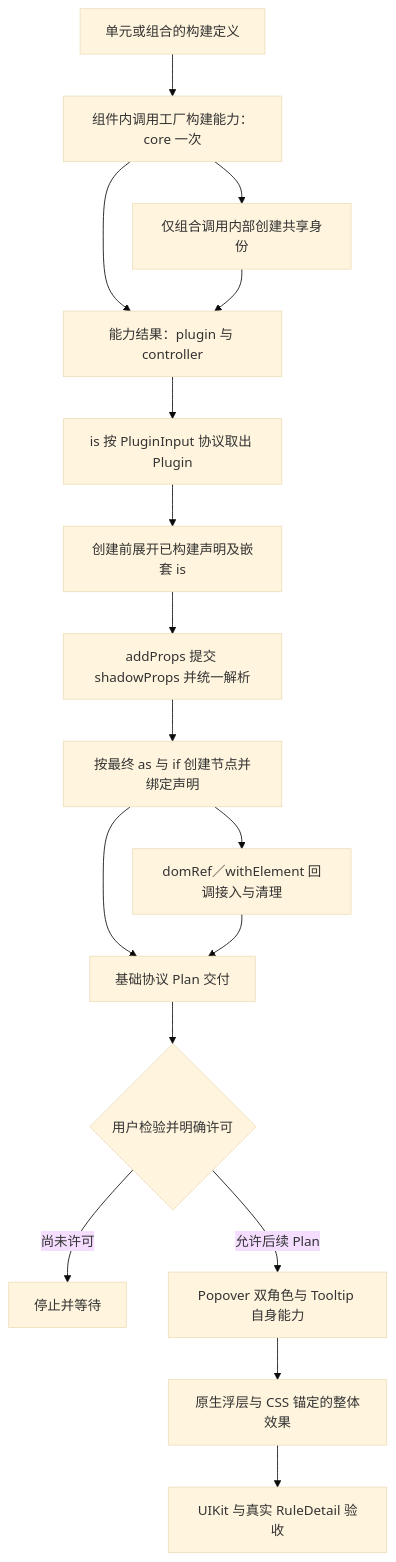
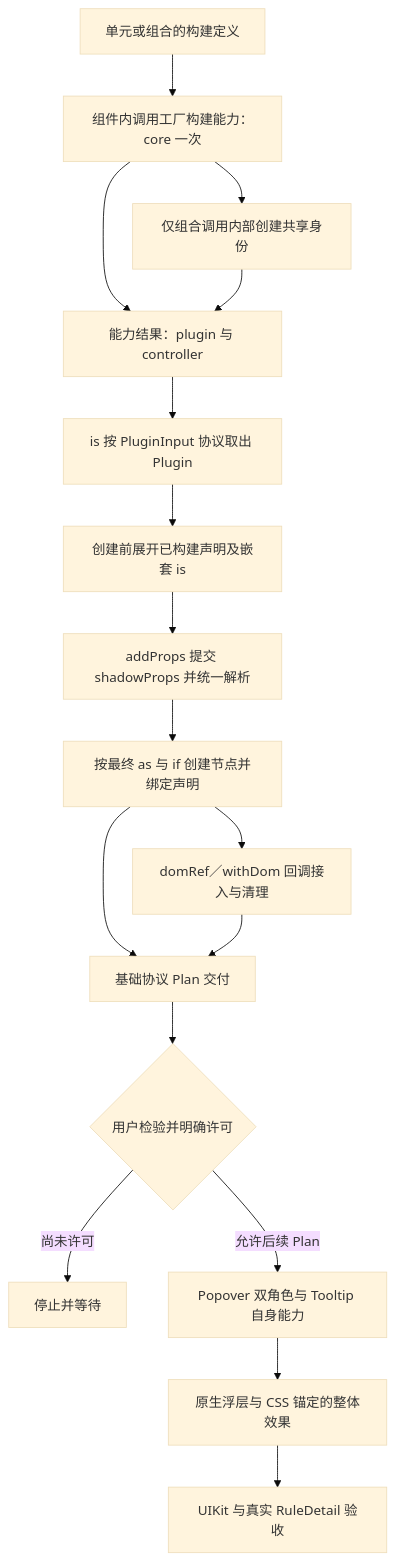
The diagram in docs/plans/261105_is声明解析与Plugin调用协议统一.md (edsolater/uikit), drawn with Mermaid (base theme) before and after one commit. The commit also changed other lines of this file and 70 other files, not shown here.

````diff
--- a/docs/plans/261105_is声明解析与Plugin调用协议统一.md
+++ b/docs/plans/261105_is声明解析与Plugin调用协议统一.md
@@ -19,19 +19,19 @@
 ```mermaid
 flowchart TD
   A[单元或组合的构建定义] --> B[组件内调用工厂构建能力：core 一次]
   B --> C[能力结果：plugin 与 controller]
   B --> D[仅组合调用内部创建共享身份]
   D --> C
   C --> E[is 按 PluginInput 协议取出 Plugin]
   E --> F[创建前展开已构建声明及嵌套 is]
   F --> G[addProps 提交 shadowProps 并统一解析]
   G --> O[按最终 as 与 if 创建节点并绑定声明]
-  O --> H[domRef／withElement 回调接入与清理]
+  O --> H[domRef／withDom 回调接入与清理]
   O --> I[基础协议 Plan 交付]
   H --> I
   I --> J{用户检验并明确许可}
   J -->|尚未许可| K[停止并等待]
   J -->|允许后续 Plan| L[Popover 双角色与 Tooltip 自身能力]
   L --> M[原生浮层与 CSS 锚定的整体效果]
   M --> N[UIKit 与真实 RuleDetail 验收]
 ```
````
